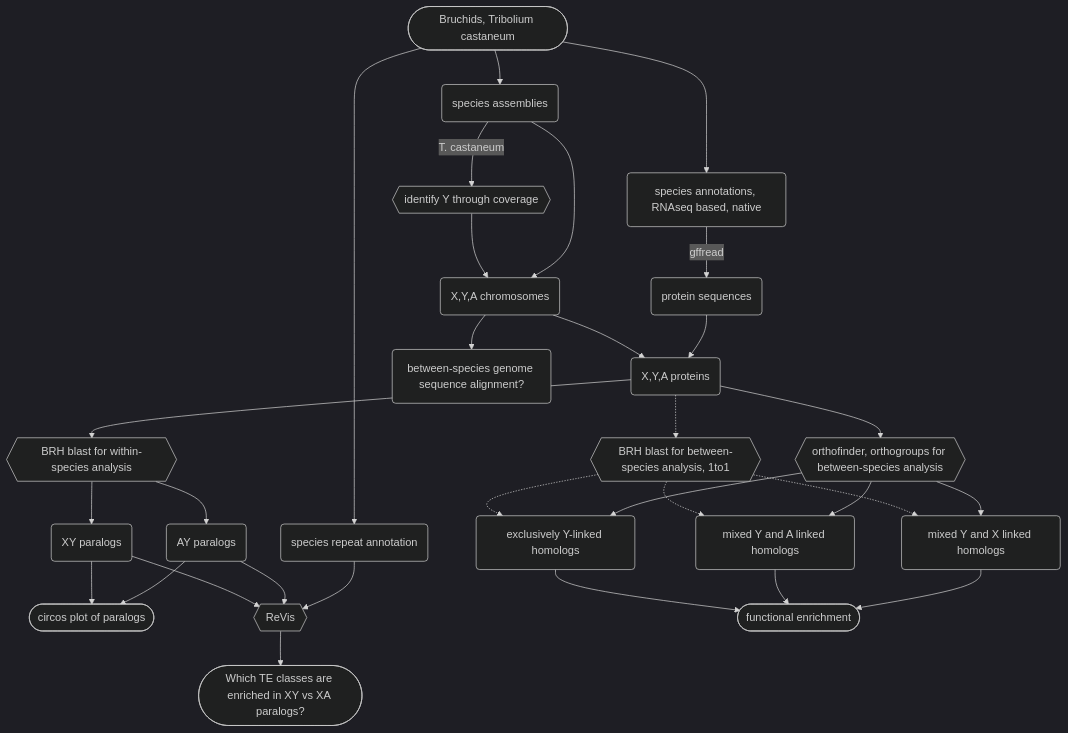
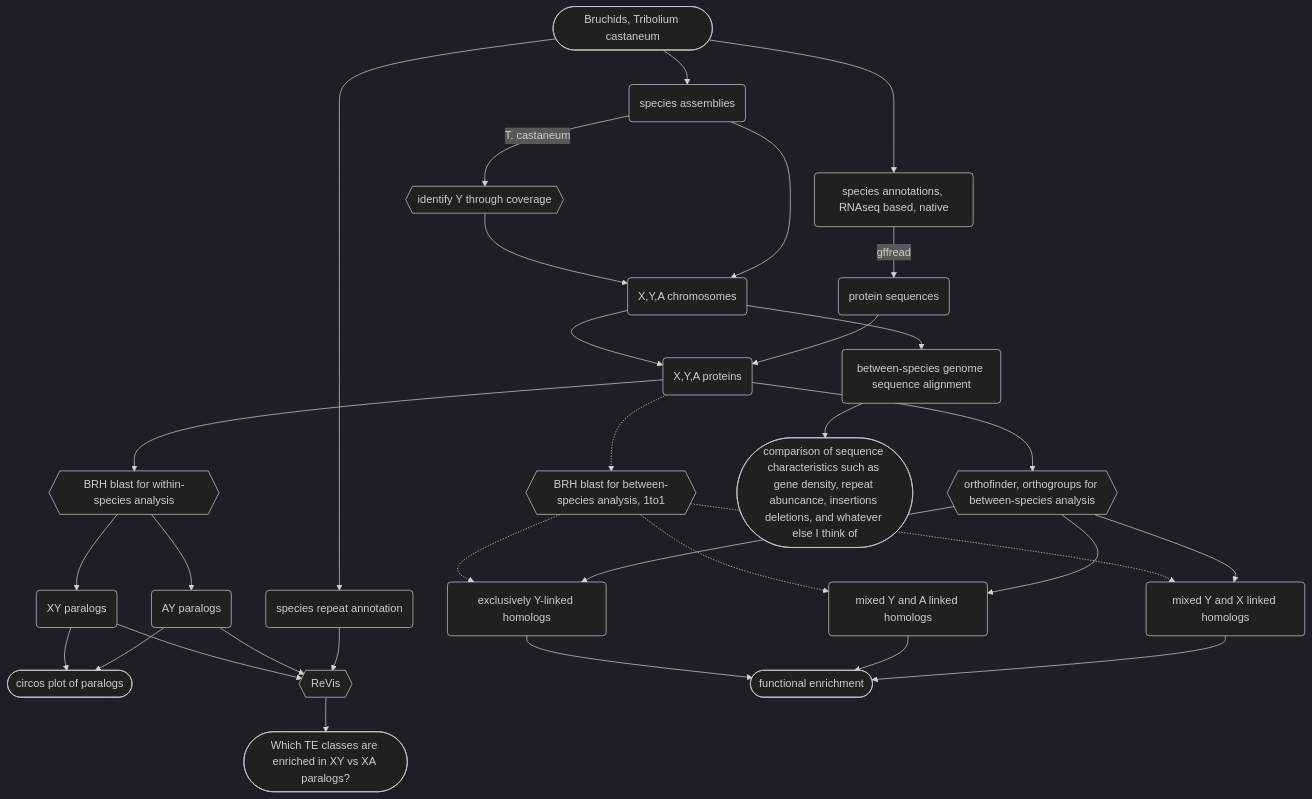
One commit to milena-t/PhD_chapter2 changed the diagram in README.md. Above: the diagram before and after it, drawn with Mermaid (dark theme).

````diff
--- a/README.md
+++ b/README.md
@@ -9,49 +9,50 @@
 ```mermaid
 graph TD;
 
     species([Bruchids, Tribolium castaneum]);
 
     species --> species_Ass(species assemblies);
     species --> species_Ann(species annotations, RNAseq based, native);
     species --> species_rep(species repeat annotation)
     species_Ass -- T. castaneum --> Tcas_Y_chr{{identify Y through coverage}};
     Tcas_Y_chr --> all_chr(X,Y,A chromosomes);
     species_Ass --> all_chr;
 
     species_Ann -- gffread --> proteins(protein sequences);
     blast{{BRH blast for within-species analysis}};
     blast_between{{BRH blast for between-species analysis, 1to1}};
     orthofinder{{orthofinder, orthogroups for between-species analysis}};
 
     all_chr --> all_prot(X,Y,A proteins);
     proteins --> all_prot;
 
     all_prot --> blast;
     blast --> xy(XY paralogs);
     blast --> ay(AY paralogs);
 
     all_prot .-> blast_between;
     blast_between .-> Y_hom(exclusively Y-linked homologs);
     blast_between .-> YA_hom(mixed Y and A linked homologs);
     blast_between .-> YX_hom(mixed Y and X linked homologs);
 
     all_prot --> orthofinder;
     orthofinder --> Y_hom(exclusively Y-linked homologs);
     orthofinder --> YA_hom(mixed Y and A linked homologs);
     orthofinder --> YX_hom(mixed Y and X linked homologs);
 
-    all_chr --> wgs_al(between-species genome sequence alignment?)
+    all_chr --> wgs_al(between-species genome sequence alignment);
+    wgs_al --> stats_comp([comparison of sequence characteristics such as gene density, repeat abuncance, insertions deletions, and whatever else I think of]);
 
     xy --> circos([circos plot of paralogs]);
     ay --> circos;
 
     xy --> revis{{ReVis}};
     ay --> revis;
     species_rep --> revis;
 
     revis --> questions([Which TE classes are enriched in XY vs XA paralogs?])
 
     Y_hom --> function([functional enrichment]);
     YA_hom --> function;
     YX_hom --> function;    
 ```   
````
